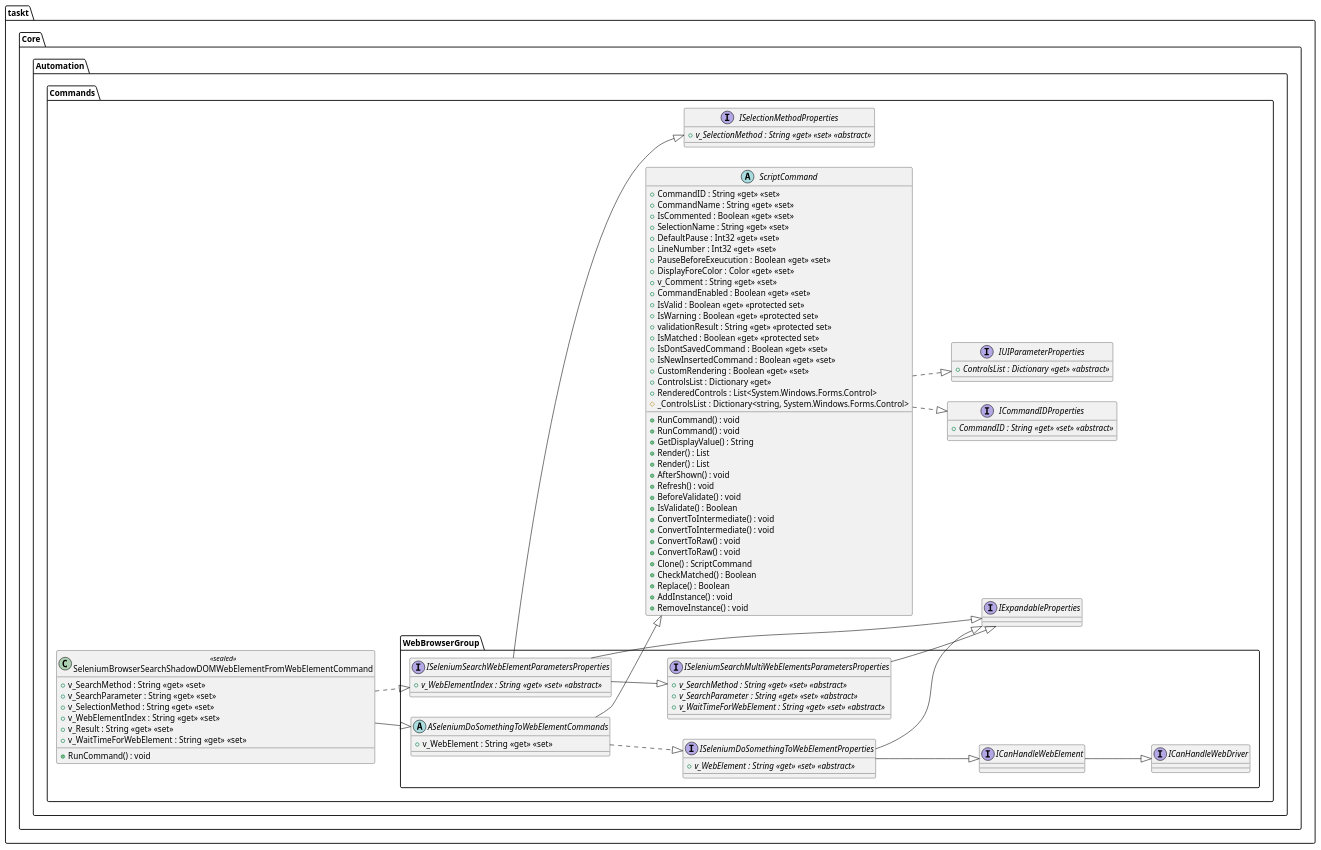
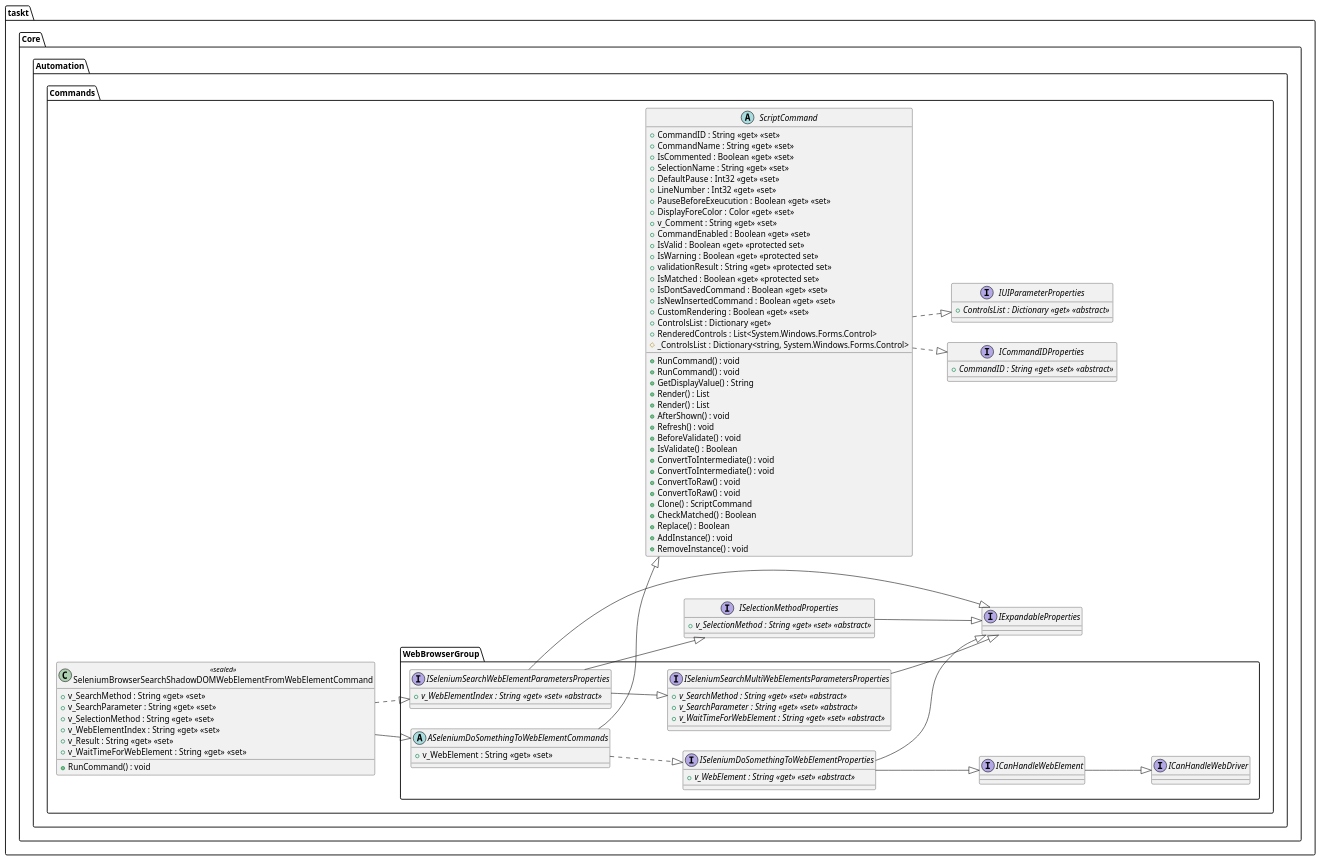
Before and after one commit to saucepleez/taskt: the diagram in taskt/Core/Automation/Commands/WebBrowserGroup/SeleniumBrowserSearchShadowDOMWebElementFromWebElementCommand.puml, drawn with PlantUML. The commit also changed 256 other files, not shown here.

```diff
--- a/taskt/Core/Automation/Commands/WebBrowserGroup/SeleniumBrowserSearchShadowDOMWebElementFromWebElementCommand.puml
+++ b/taskt/Core/Automation/Commands/WebBrowserGroup/SeleniumBrowserSearchShadowDOMWebElementFromWebElementCommand.puml
@@ -1,130 +1,131 @@
 @startuml
 left to right direction
 package "taskt.Core.Automation.Commands"{
 class "SeleniumBrowserSearchShadowDOMWebElementFromWebElementCommand" <<sealed>> {
 +RunCommand() : void 
 +v_SearchMethod : String <<get>> <<set>> 
 +v_SearchParameter : String <<get>> <<set>> 
 +v_SelectionMethod : String <<get>> <<set>> 
 +v_WebElementIndex : String <<get>> <<set>> 
 +v_Result : String <<get>> <<set>> 
 +v_WaitTimeForWebElement : String <<get>> <<set>> 
 }
 }
 
 package "taskt.Core.Automation.Commands.WebBrowserGroup"{
 abstract class "ASeleniumDoSomethingToWebElementCommands"{
 +v_WebElement : String <<get>> <<set>> 
 }
 }
 
 package "taskt.Core.Automation.Commands.WebBrowserGroup"{
 Interface "ISeleniumSearchWebElementParametersProperties" {
 +{abstract} v_WebElementIndex : String <<get>> <<set>> <<abstract>> 
 }
 }
 
 package "taskt.Core.Automation.Commands"{
 abstract class "ScriptCommand"{
 +RunCommand() : void 
 +RunCommand() : void 
 +GetDisplayValue() : String
 +Render() : List
 +Render() : List
 +AfterShown() : void 
 +Refresh() : void 
 +BeforeValidate() : void 
 +IsValidate() : Boolean
 +ConvertToIntermediate() : void 
 +ConvertToIntermediate() : void 
 +ConvertToRaw() : void 
 +ConvertToRaw() : void 
 +Clone() : ScriptCommand
 +CheckMatched() : Boolean
 +Replace() : Boolean
 +AddInstance() : void 
 +RemoveInstance() : void 
 +CommandID : String <<get>> <<set>> 
 +CommandName : String <<get>> <<set>> 
 +IsCommented : Boolean <<get>> <<set>> 
 +SelectionName : String <<get>> <<set>> 
 +DefaultPause : Int32 <<get>> <<set>> 
 +LineNumber : Int32 <<get>> <<set>> 
 +PauseBeforeExeucution : Boolean <<get>> <<set>> 
 +DisplayForeColor : Color <<get>> <<set>> 
 +v_Comment : String <<get>> <<set>> 
 +CommandEnabled : Boolean <<get>> <<set>> 
 +IsValid : Boolean <<get>> <<protected set>>
 +IsWarning : Boolean <<get>> <<protected set>>
 +validationResult : String <<get>> <<protected set>>
 +IsMatched : Boolean <<get>> <<protected set>>
 +IsDontSavedCommand : Boolean <<get>> <<set>> 
 +IsNewInsertedCommand : Boolean <<get>> <<set>> 
 +CustomRendering : Boolean <<get>> <<set>> 
 +ControlsList : Dictionary <<get>> 
 +RenderedControls : List<System.Windows.Forms.Control>
 #_ControlsList : Dictionary<string, System.Windows.Forms.Control>
 }
 }
 
 package "taskt.Core.Automation.Commands.WebBrowserGroup"{
 Interface "ISeleniumDoSomethingToWebElementProperties" {
 +{abstract} v_WebElement : String <<get>> <<set>> <<abstract>> 
 }
 }
 
 package "taskt.Core.Automation.Commands.WebBrowserGroup"{
 Interface "ISeleniumSearchMultiWebElementsParametersProperties" {
 +{abstract} v_SearchMethod : String <<get>> <<set>> <<abstract>> 
 +{abstract} v_SearchParameter : String <<get>> <<set>> <<abstract>> 
 +{abstract} v_WaitTimeForWebElement : String <<get>> <<set>> <<abstract>> 
 }
 }
 
 package "taskt.Core.Automation.Commands"{
 Interface "ISelectionMethodProperties" {
 +{abstract} v_SelectionMethod : String <<get>> <<set>> <<abstract>> 
 }
 }
 
 package "taskt.Core.Automation.Commands"{
 Interface "IExpandableProperties" {
 }
 }
 
 package "taskt.Core.Automation.Commands"{
 Interface "IUIParameterProperties" {
 +{abstract} ControlsList : Dictionary <<get>> <<abstract>> 
 }
 }
 
 package "taskt.Core.Automation.Commands"{
 Interface "ICommandIDProperties" {
 +{abstract} CommandID : String <<get>> <<set>> <<abstract>> 
 }
 }
 
 package "taskt.Core.Automation.Commands.WebBrowserGroup"{
 Interface "ICanHandleWebElement" {
 }
 }
 
 package "taskt.Core.Automation.Commands.WebBrowserGroup"{
 Interface "ICanHandleWebDriver" {
 }
 }
 
 taskt.Core.Automation.Commands.SeleniumBrowserSearchShadowDOMWebElementFromWebElementCommand --|> taskt.Core.Automation.Commands.WebBrowserGroup.ASeleniumDoSomethingToWebElementCommands
 taskt.Core.Automation.Commands.SeleniumBrowserSearchShadowDOMWebElementFromWebElementCommand ..|> taskt.Core.Automation.Commands.WebBrowserGroup.ISeleniumSearchWebElementParametersProperties
 taskt.Core.Automation.Commands.WebBrowserGroup.ASeleniumDoSomethingToWebElementCommands --|> taskt.Core.Automation.Commands.ScriptCommand
 taskt.Core.Automation.Commands.WebBrowserGroup.ASeleniumDoSomethingToWebElementCommands ..|> taskt.Core.Automation.Commands.WebBrowserGroup.ISeleniumDoSomethingToWebElementProperties
 taskt.Core.Automation.Commands.WebBrowserGroup.ISeleniumSearchWebElementParametersProperties --|> taskt.Core.Automation.Commands.WebBrowserGroup.ISeleniumSearchMultiWebElementsParametersProperties
 taskt.Core.Automation.Commands.WebBrowserGroup.ISeleniumSearchWebElementParametersProperties --|> taskt.Core.Automation.Commands.ISelectionMethodProperties
 taskt.Core.Automation.Commands.WebBrowserGroup.ISeleniumSearchWebElementParametersProperties --|> taskt.Core.Automation.Commands.IExpandableProperties
 taskt.Core.Automation.Commands.ScriptCommand ..|> taskt.Core.Automation.Commands.IUIParameterProperties
 taskt.Core.Automation.Commands.ScriptCommand ..|> taskt.Core.Automation.Commands.ICommandIDProperties
 taskt.Core.Automation.Commands.WebBrowserGroup.ISeleniumDoSomethingToWebElementProperties --|> taskt.Core.Automation.Commands.WebBrowserGroup.ICanHandleWebElement
 taskt.Core.Automation.Commands.WebBrowserGroup.ISeleniumDoSomethingToWebElementProperties --|> taskt.Core.Automation.Commands.IExpandableProperties
 taskt.Core.Automation.Commands.WebBrowserGroup.ISeleniumSearchMultiWebElementsParametersProperties --|> taskt.Core.Automation.Commands.IExpandableProperties
+taskt.Core.Automation.Commands.ISelectionMethodProperties --|> taskt.Core.Automation.Commands.IExpandableProperties
 taskt.Core.Automation.Commands.WebBrowserGroup.ICanHandleWebElement --|> taskt.Core.Automation.Commands.WebBrowserGroup.ICanHandleWebDriver
 @enduml
```
